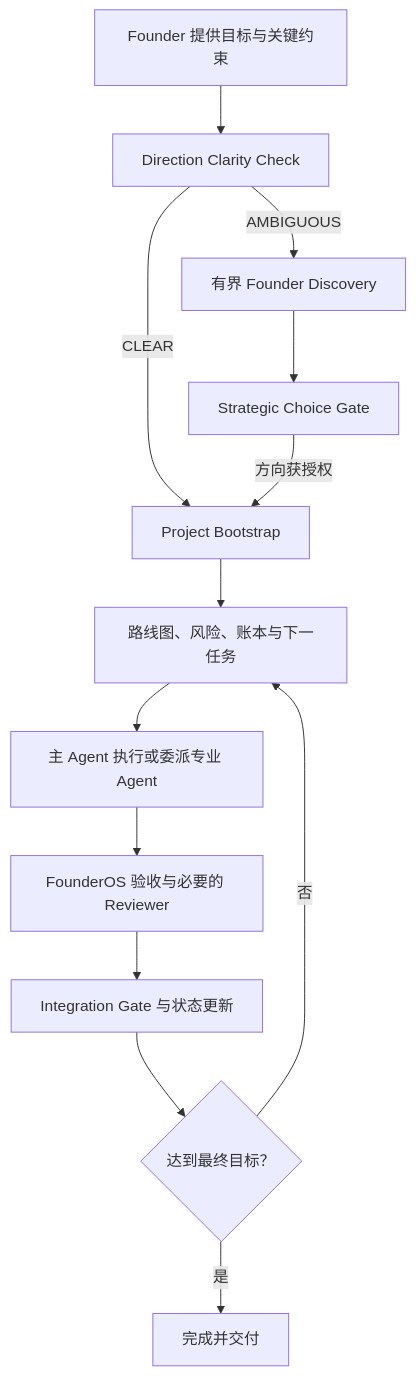
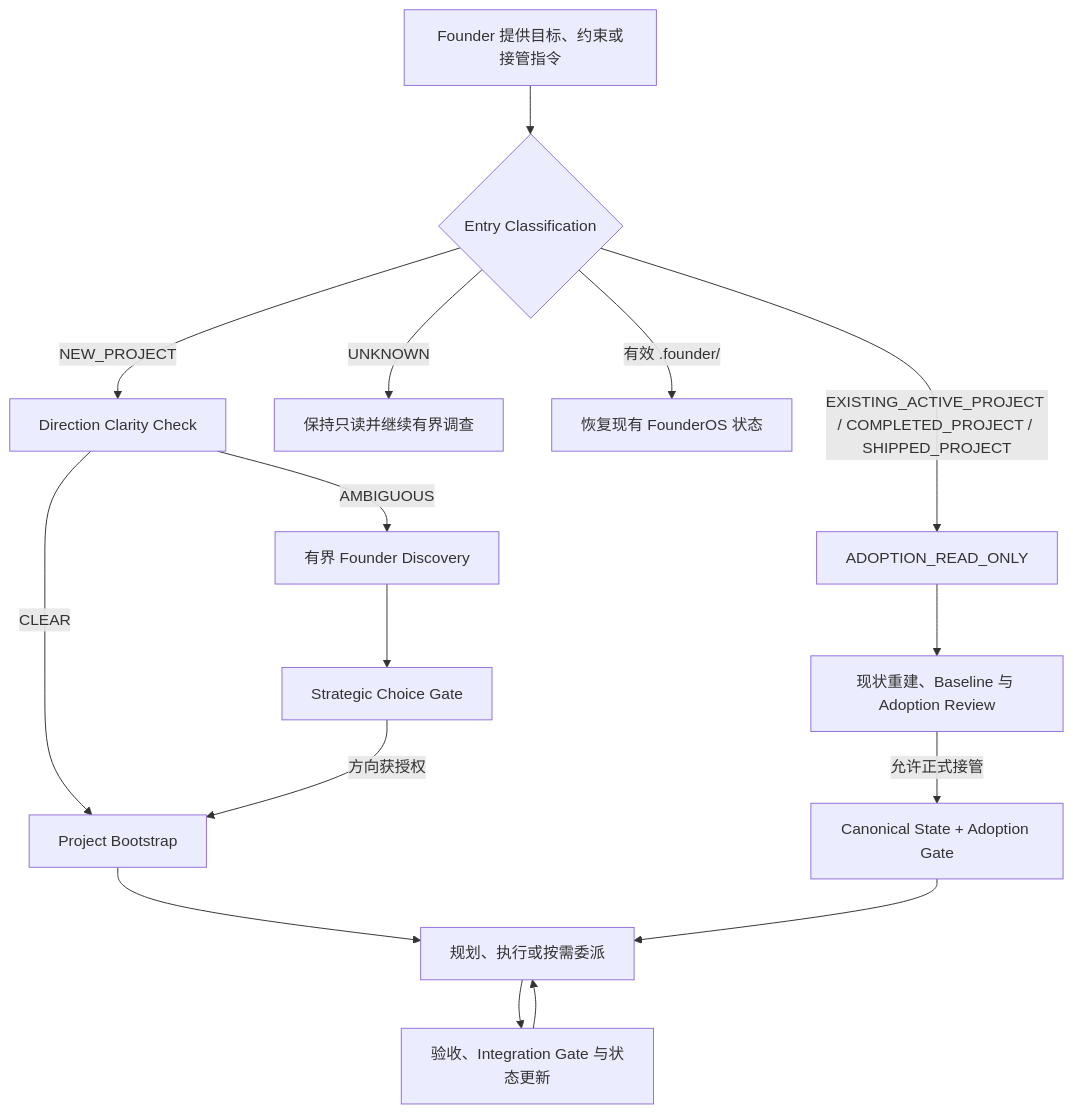
The diagram in .github/README.md (zhouczcz/founder-os), drawn with Mermaid before and after one commit. The commit also changed other lines of this file and 20 other files, not shown here.

Commit message:
release FounderOS V2.3 adoption mode

````diff
--- a/.github/README.md
+++ b/.github/README.md
@@ -40,15 +42,18 @@
 ```mermaid
 flowchart TD
-    A["Founder 提供目标与关键约束"] --> B["Direction Clarity Check"]
-    B -->|CLEAR| C["Project Bootstrap"]
-    B -->|AMBIGUOUS| D["有界 Founder Discovery"]
-    D --> E["Strategic Choice Gate"]
-    E -->|方向获授权| C
-    C --> F["路线图、风险、账本与下一任务"]
-    F --> G["主 Agent 执行或委派专业 Agent"]
-    G --> H["FounderOS 验收与必要的 Reviewer"]
-    H --> I["Integration Gate 与状态更新"]
-    I --> J{"达到最终目标？"}
-    J -->|否| F
-    J -->|是| K["完成并交付"]
+    A["Founder 提供目标、约束或接管指令"] --> B{"Entry Classification"}
+    B -->|NEW_PROJECT| C["Direction Clarity Check"]
+    C -->|CLEAR| D["Project Bootstrap"]
+    C -->|AMBIGUOUS| E["有界 Founder Discovery"]
+    E --> F["Strategic Choice Gate"]
+    F -->|方向获授权| D
+    B -->|EXISTING_ACTIVE_PROJECT / COMPLETED_PROJECT / SHIPPED_PROJECT| G["ADOPTION_READ_ONLY"]
+    B -->|UNKNOWN| L["保持只读并继续有界调查"]
+    B -->|有效 .founder/| M["恢复现有 FounderOS 状态"]
+    G --> H["现状重建、Baseline 与 Adoption Review"]
+    H -->|允许正式接管| I["Canonical State + Adoption Gate"]
+    D --> J["规划、执行或按需委派"]
+    I --> J
+    J --> K["验收、Integration Gate 与状态更新"]
+    K --> J
 ```
````
